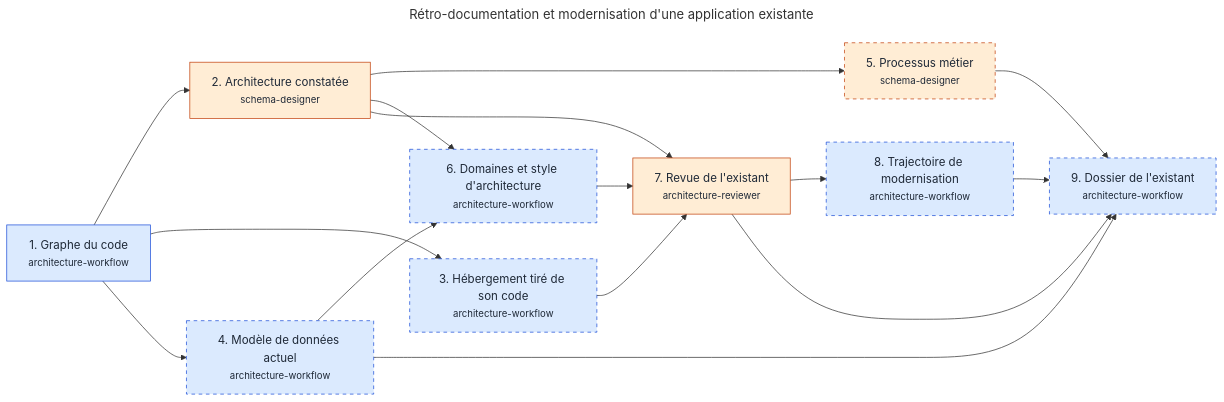
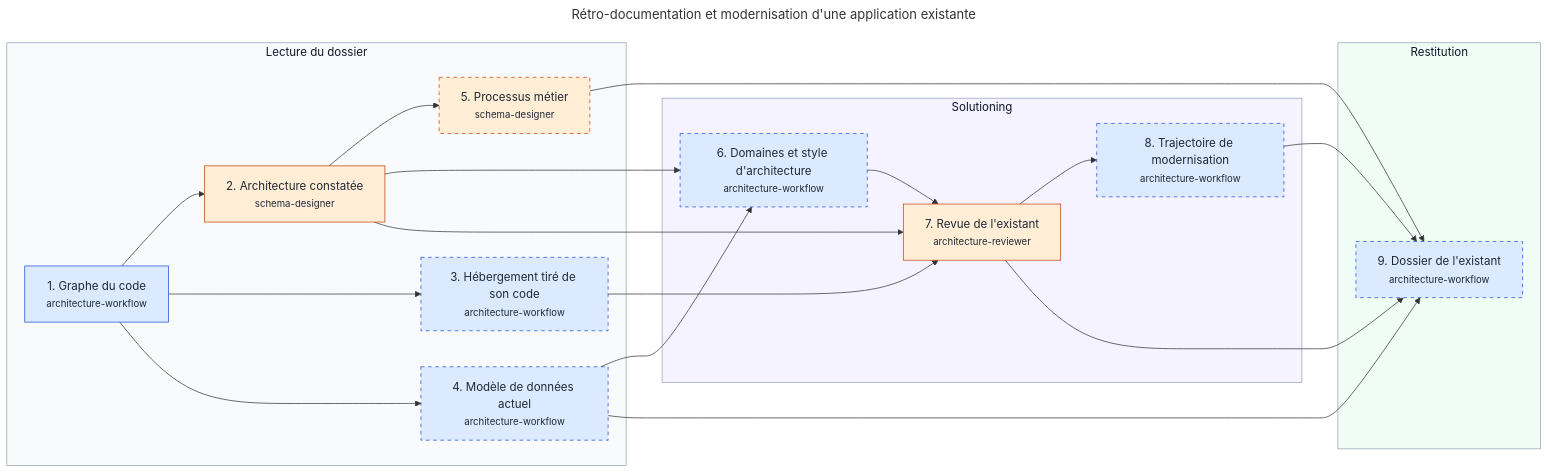
The diagram in docs/workflows/retro-documentation.md (RenaudVanhille/myskills), drawn with Mermaid before and after one commit. The commit also changed other lines of this file and 35 other files, not shown here.

````diff
--- a/docs/workflows/retro-documentation.md
+++ b/docs/workflows/retro-documentation.md
@@ -18,35 +18,46 @@
 ```mermaid
 ---
 title: "Rétro-documentation et modernisation d'une application existante"
 ---
 flowchart LR
-  s_code["1. Graphe du code<br/><small>architecture-workflow</small>"]
-  s_constat["2. Architecture constatée<br/><small>schema-designer</small>"]
-  s_infrastructure["3. Hébergement tiré de son code<br/><small>architecture-workflow</small>"]
-  s_donnees["4. Modèle de données actuel<br/><small>architecture-workflow</small>"]
-  s_processus["5. Processus métier<br/><small>schema-designer</small>"]
-  s_domaines["6. Domaines et style d'architecture<br/><small>architecture-workflow</small>"]
-  s_revue["7. Revue de l'existant<br/><small>architecture-reviewer</small>"]
-  s_trajectoire["8. Trajectoire de modernisation<br/><small>architecture-workflow</small>"]
-  s_dossier["9. Dossier de l'existant<br/><small>architecture-workflow</small>"]
+  subgraph z_lecture["Lecture du dossier"]
+    s_code["1. Graphe du code<br/><small>architecture-workflow</small>"]
+    s_constat["2. Architecture constatée<br/><small>schema-designer</small>"]
+    s_infrastructure["3. Hébergement tiré de son code<br/><small>architecture-workflow</small>"]
+    s_donnees["4. Modèle de données actuel<br/><small>architecture-workflow</small>"]
+    s_processus["5. Processus métier<br/><small>schema-designer</small>"]
+  end
+  style z_lecture fill:#f8fafc,stroke:#94a3b8,color:#0f172a
+  subgraph z_solutioning["Solutioning"]
+    s_domaines["6. Domaines et style d'architecture<br/><small>architecture-workflow</small>"]
+    s_revue["7. Revue de l'existant<br/><small>architecture-reviewer</small>"]
+    s_trajectoire["8. Trajectoire de modernisation<br/><small>architecture-workflow</small>"]
+  end
+  style z_solutioning fill:#f5f3ff,stroke:#94a3b8,color:#0f172a
+  subgraph z_restitution["Restitution"]
+    s_dossier["9. Dossier de l'existant<br/><small>architecture-workflow</small>"]
+  end
+  style z_restitution fill:#f0fdf4,stroke:#94a3b8,color:#0f172a
   s_code --> s_constat
   s_code --> s_infrastructure
   s_code --> s_donnees
   s_constat --> s_processus
   s_constat --> s_domaines
   s_donnees --> s_domaines
   s_constat --> s_revue
   s_infrastructure --> s_revue
   s_domaines --> s_revue
   s_revue --> s_trajectoire
   s_revue --> s_dossier
   s_trajectoire --> s_dossier
   s_donnees --> s_dossier
   s_processus --> s_dossier
+  s_processus ~~~ s_domaines
+  s_trajectoire ~~~ s_dossier
   classDef moteur fill:#dbeafe,stroke:#1d4ed8,color:#1f2937
   classDef agent fill:#ffedd5,stroke:#c2410c,color:#1f2937
   classDef facultative stroke-dasharray:5 5
   class s_code,s_infrastructure,s_donnees,s_domaines,s_trajectoire,s_dossier moteur
   class s_constat,s_processus,s_revue agent
   class s_infrastructure,s_donnees,s_processus,s_domaines,s_trajectoire,s_dossier facultative
 ```
````
